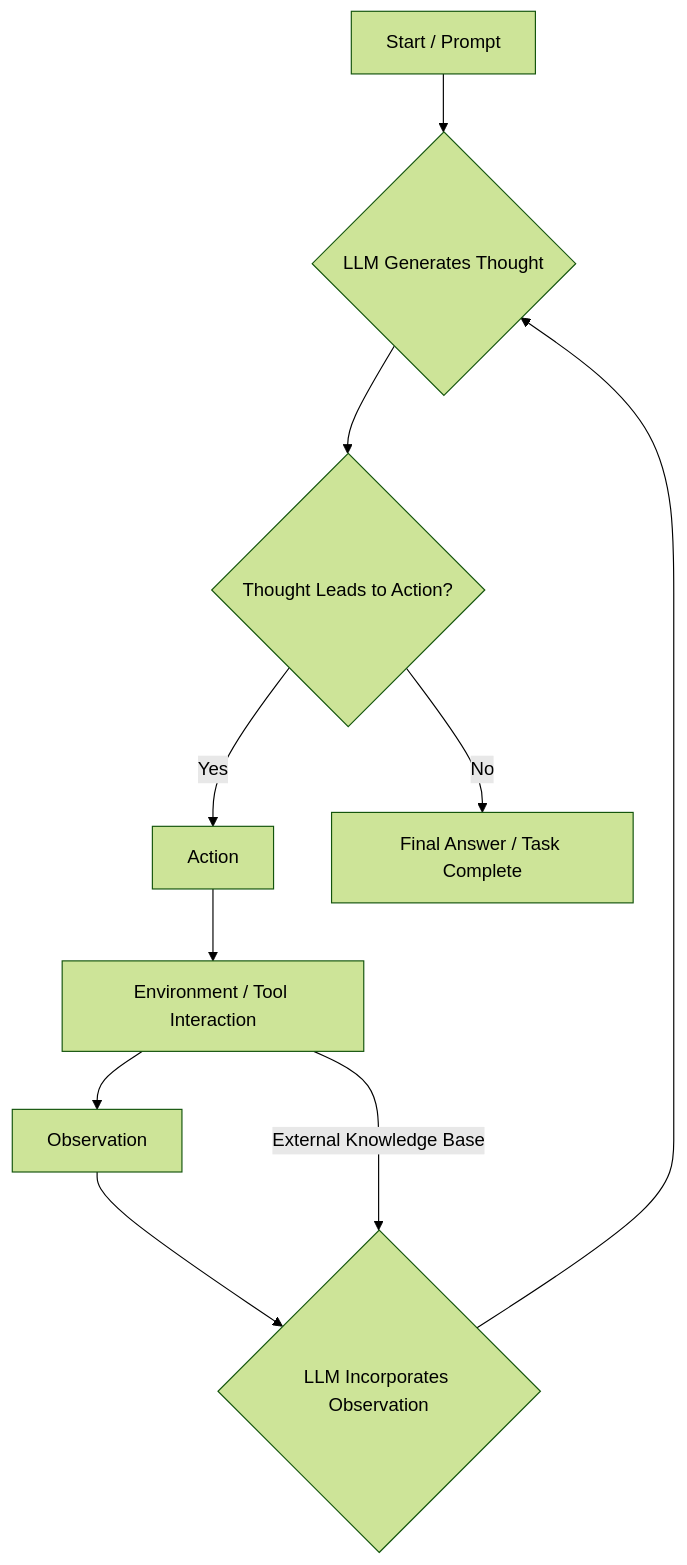
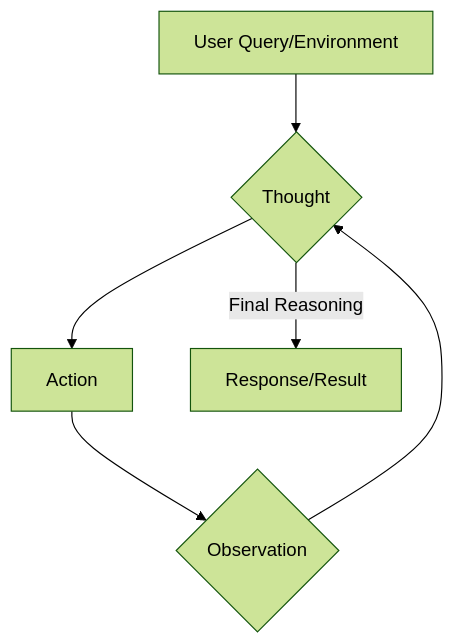
Before and after one commit to gdgcblr/open-source-agents: the diagram in agents/scholar-agent/results/summary.md, drawn with Mermaid (forest theme). The commit also changed other lines of this file and 1 other file, not shown here.

````diff
--- a/agents/scholar-agent/results/summary.md
+++ b/agents/scholar-agent/results/summary.md
@@ -25,12 +26,8 @@
 ```mermaid
 flowchart TD
-  A[Start / Prompt] --> B{LLM Generates Thought}
-  B --> C{Thought Leads to Action?}
-  C -- Yes --> D[Action]
-  D --> E[Environment / Tool Interaction]
-  E --> F[Observation]
-  F --> G{LLM Incorporates Observation}
-  G --> B
-  C -- No --> H[Final Answer / Task Complete]
-  E -- External Knowledge Base --> G
+  A[User Query/Environment] --> B{Thought}
+  B --> C[Action]
+  C --> D{Observation}
+  D --> B
+  B -- Final Reasoning --> E[Response/Result]
 ```
````
